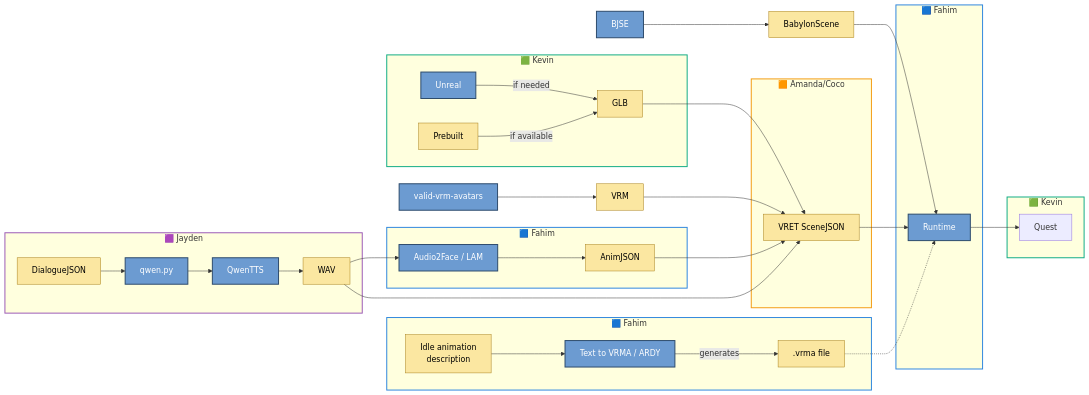
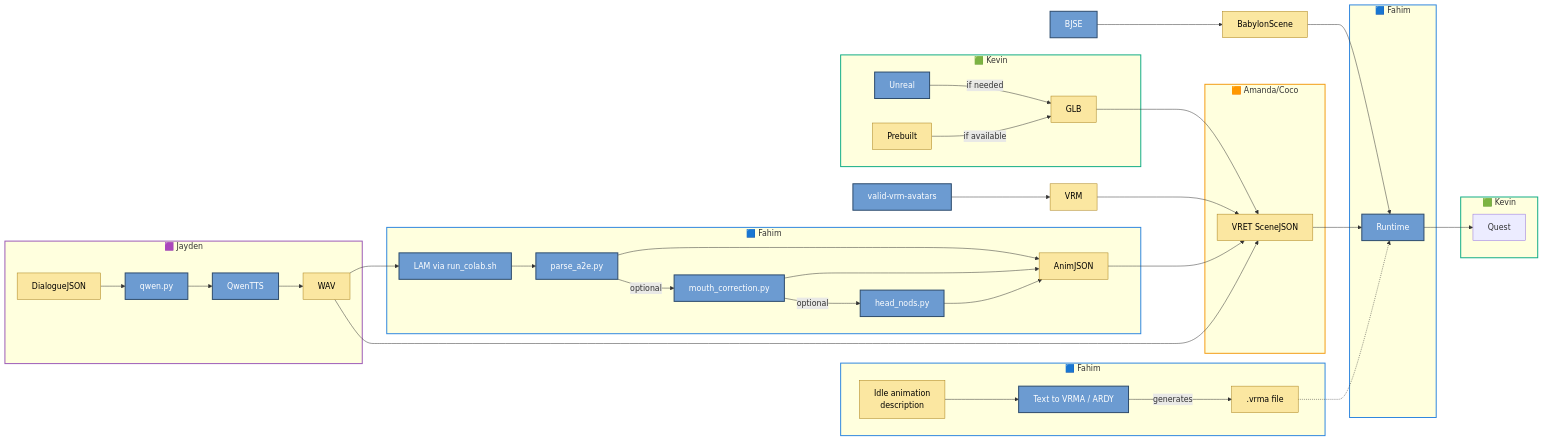
One commit to SBU-VRET/VRET-Project changed the first of 8 diagrams in docs/TECH_PIPELINE.md. Above: the diagram before and after it, drawn with Mermaid. The commit also changed other lines of this file and 7 other files, not shown here.

````diff
--- a/docs/TECH_PIPELINE.md
+++ b/docs/TECH_PIPELINE.md
@@ -15,59 +15,61 @@
 ```mermaid
 flowchart LR
     Library["valid-vrm-avatars"] --> VRM
 
     subgraph K_export["🟩 Kevin"]
     Unreal -->|"if needed"| GLB
     Prebuilt -->|"if available"| GLB
     end
 
     BJSE --> BabylonScene
 
     subgraph AC_scene["🟧 Amanda/Coco"]
     SceneJSON["VRET SceneJSON"]
     end
     GLB --> SceneJSON
 
     subgraph J_voice["🟪 Jayden"]
     DialogueJSON --> PyScript["qwen.py"] --> QwenTTS --> WAV
     end
 
     subgraph F_facial["🟦 Fahim"]
-    FaceTool["Audio2Face / LAM"]
-    AnimJSON
+    FaceTool["LAM via run_colab.sh"] --> ParseA2E["parse_a2e.py"] -->|"optional"| MouthCorr["mouth_correction.py"] -->|"optional"| HeadNods["head_nods.py"]
+    ParseA2E --> AnimJSON
+    MouthCorr --> AnimJSON
+    HeadNods --> AnimJSON
     end
-    WAV --> FaceTool --> AnimJSON
+    WAV --> FaceTool
 
     VRM --> SceneJSON
     AnimJSON --> SceneJSON
     WAV --> SceneJSON
 
     subgraph F_runtime["🟦 Fahim"]
     Runtime
     end
     BabylonScene --> Runtime
     SceneJSON --> Runtime
 
     subgraph K_device["🟩 Kevin"]
     Quest
     end
     Runtime --> Quest
 
     subgraph F_idle["🟦 Fahim"]
     IdleDesc["Idle animation<br/>description"] --> IdleTool["Text to VRMA / ARDY"] -->|generates| VRMAFile[".vrma file"]
     end
     VRMAFile -.-> Runtime
 
     classDef tool fill:#6c9bd1,stroke:#2c4a6b,stroke-width:2px,color:#fff;
     classDef artifact fill:#fbe7a1,stroke:#a87f1a,stroke-width:1px,color:#000;
-    class Library,Unreal,BJSE,PyScript,QwenTTS,FaceTool,Runtime,IdleTool tool
+    class Library,Unreal,BJSE,PyScript,QwenTTS,FaceTool,ParseA2E,MouthCorr,HeadNods,Runtime,IdleTool tool
     class VRM,GLB,Prebuilt,BabylonScene,DialogueJSON,WAV,AnimJSON,SceneJSON,IdleDesc,VRMAFile artifact
 
     style K_export stroke:#10AC84,stroke-width:2px
     style K_device stroke:#10AC84,stroke-width:2px
     style F_facial stroke:#2E86DE,stroke-width:2px
     style F_runtime stroke:#2E86DE,stroke-width:2px
     style F_idle stroke:#2E86DE,stroke-width:2px
     style J_voice stroke:#9B59B6,stroke-width:2px
     style AC_scene stroke:#F39C12,stroke-width:2px
 ```
````
